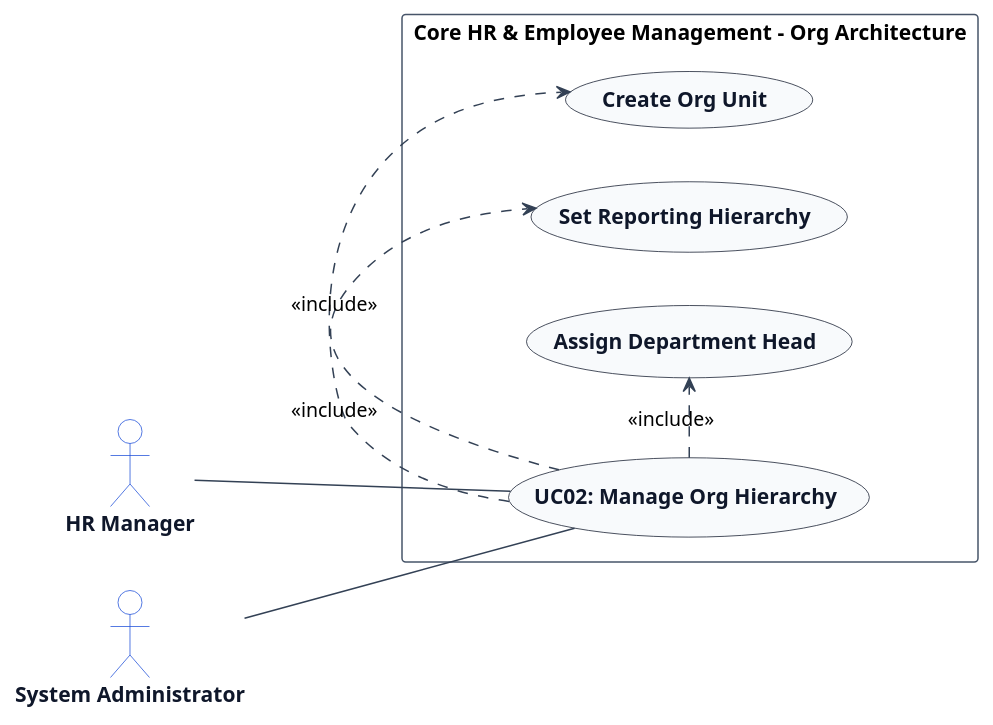
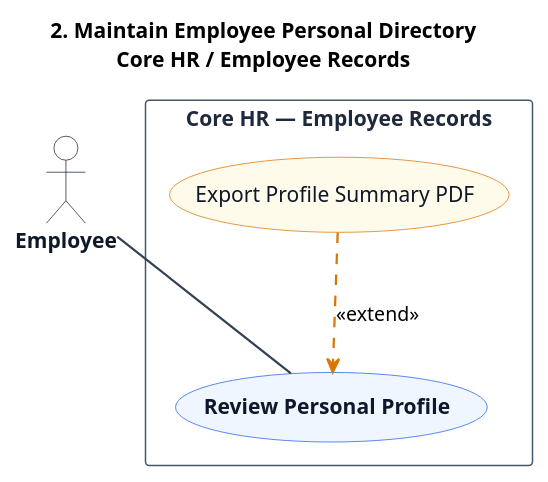
One commit to TamBui1706/HRPlatform changed the diagram in usecase_puml/module_01_core_hr/UC02.puml. Above: the diagram before and after it, drawn with PlantUML. The commit also changed 256 other files, not shown here.

```diff
--- a/usecase_puml/module_01_core_hr/UC02.puml
+++ b/usecase_puml/module_01_core_hr/UC02.puml
@@ -1,36 +1,57 @@
 @startuml
-left to right direction
+title 2. Maintain Employee Personal Directory\nCore HR / Employee Records
+
 skinparam shadowing false
 skinparam packageStyle rectangle
 skinparam actorStyle stickman
 
-skinparam ArrowColor #334155
-skinparam ActorBorderColor #1d4ed8
+hide stereotype
+
+skinparam ActorBorderColor #1e293b
 skinparam ActorBackgroundColor #ffffff
 skinparam ActorFontColor #0f172a
 skinparam ActorFontStyle bold
 
-skinparam UsecaseBorderColor #0f172a
-skinparam UsecaseBackgroundColor #f8fafc
-skinparam UsecaseFontColor #0f172a
-skinparam UsecaseFontStyle bold
-
 skinparam RectangleBorderColor #475569
 skinparam RectangleBackgroundColor #ffffff
+skinparam RectangleFontColor #1e293b
+skinparam RectangleFontStyle bold
 
-actor "HR Manager" as HRManager
-actor "System Administrator" as SystemAdministrator
+skinparam ArrowColor #334155
+skinparam ArrowThickness 1.5
 
-rectangle "Core HR & Employee Management - Org Architecture" {
-    usecase "UC02: Manage Org Hierarchy" as UC_Main
-    usecase "Create Org Unit" as UC_CreateDept
-    usecase "Set Reporting Hierarchy" as UC_SetLine
-    usecase "Assign Department Head" as UC_AssignHead
+skinparam usecase {
+    BackgroundColor #eff6ff
+    BorderColor #2563eb
+    FontColor #0f172a
+    FontStyle bold
+}
 
-    HRManager -- UC_Main
-    SystemAdministrator -- UC_Main
-    UC_Main .> UC_CreateDept : <<include>>
-    UC_Main .> UC_SetLine : <<include>>
-    UC_Main .> UC_AssignHead : <<include>>
+skinparam usecase<<Inc>> {
+    BackgroundColor #ffffff
+    BorderColor #64748b
+    FontColor #0f172a
+    FontStyle normal
+}
+
+skinparam usecase<<Ext>> {
+    BackgroundColor #fffbeb
+    BorderColor #d97706
+    FontColor #0f172a
+    FontStyle normal
+}
+
+actor "Employee" as Employee
+
+rectangle "Core HR — Employee Records" {
+    usecase "Review Personal Profile" as UC_Main
+
+
+    usecase "Export Profile Summary PDF" as UC_Ext1 <<Ext>>
+
+    Employee -- UC_Main
+
+
+    UC_Ext1 .[#d97706].> UC_Main : <<extend>>
 }
 @enduml
```
